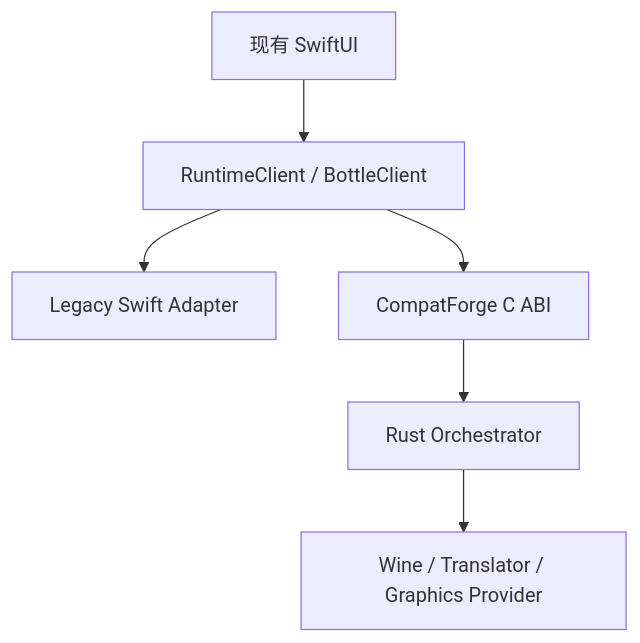
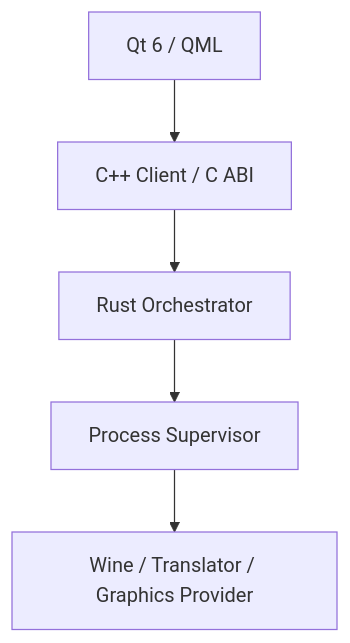
Before and after one commit to lcxinc/CompatForge: the diagram in MIGRATION.md, drawn with Mermaid. The commit also changed other lines of this file, not shown here.

````diff
--- a/MIGRATION.md
+++ b/MIGRATION.md
@@ -23,8 +27,7 @@
 ```mermaid
 flowchart TD
-    A["现有 SwiftUI"] --> B["RuntimeClient / BottleClient"]
-    B --> C["Legacy Swift Adapter"]
-    B --> D["CompatForge C ABI"]
-    D --> E["Rust Orchestrator"]
-    E --> F["Wine / Translator / Graphics Provider"]
+    A["Qt 6 / QML"] --> B["C++ Client / C ABI"]
+    B --> C["Rust Orchestrator"]
+    C --> D["Process Supervisor"]
+    D --> E["Wine / Translator / Graphics Provider"]
 ```
````
